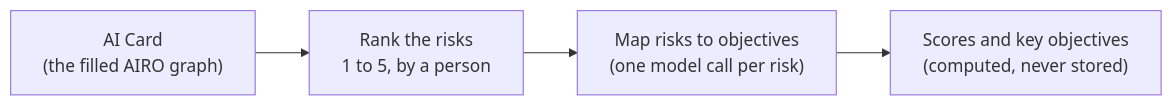
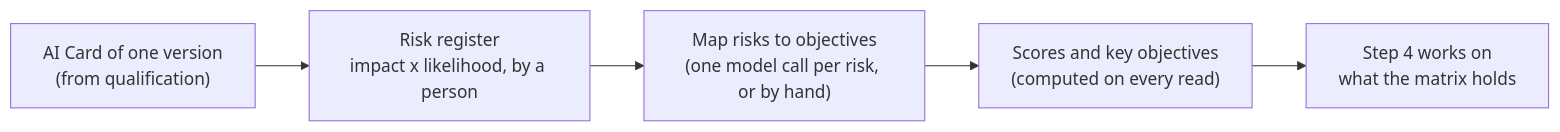
Before and after one commit to lux-ai-factory/aisc-control-objectives: the diagram in README.md, drawn with Mermaid. The commit also changed other lines of this file and 3 other files, not shown here.

First line of the commit message:
README: what step 2 is, how it runs in and outside the stack, configuration, tests

````diff
--- a/README.md
+++ b/README.md
@@ -13,6 +26,7 @@
 ```mermaid
 flowchart LR
-    A["AI Card<br/>(the filled AIRO graph)"] --> B["Rank the risks<br/>1 to 5, by a person"]
-    B --> C["Map risks to objectives<br/>(one model call per risk)"]
-    C --> D["Scores and key objectives<br/>(computed, never stored)"]
+    A["AI Card of one version<br/>(from qualification)"] --> B["Risk register<br/>impact x likelihood, by a person"]
+    B --> C["Map risks to objectives<br/>(one model call per risk, or by hand)"]
+    C --> D["Scores and key objectives<br/>(computed on every read)"]
+    D --> E["Step 4 works on<br/>what the matrix holds"]
 ```
````
